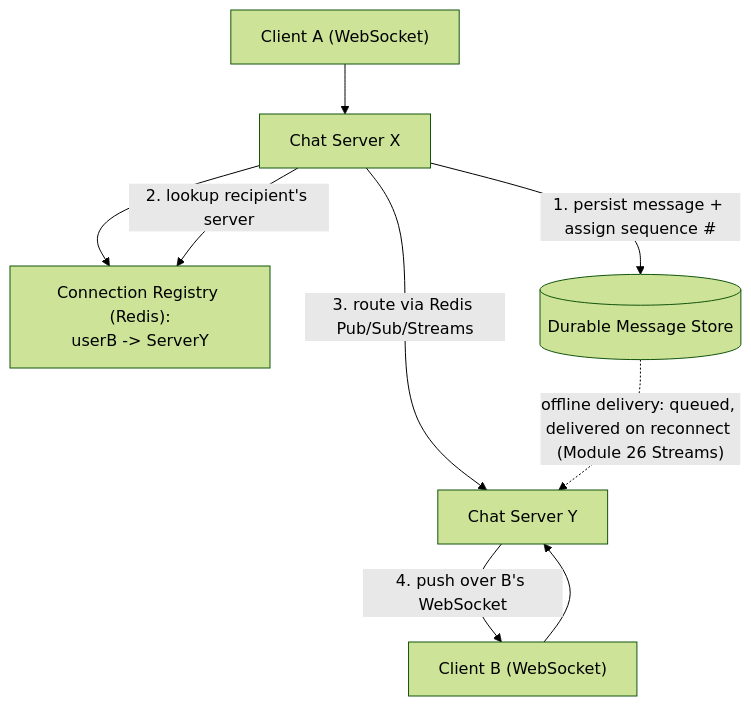
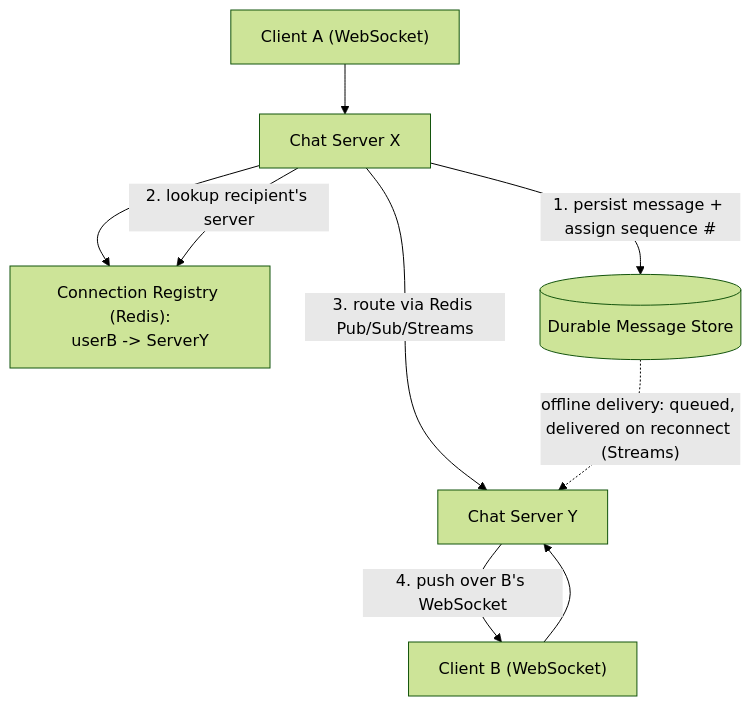
The diagram in 14-System-Design/03-Designing-Chat-Messaging-System.md (umashankarp/InterviewQuestions), drawn with Mermaid (forest theme) before and after one commit. The commit also changed other lines of this file and 173 other files, not shown here.

````diff
--- a/14-System-Design/03-Designing-Chat-Messaging-System.md
+++ b/14-System-Design/03-Designing-Chat-Messaging-System.md
@@ -46,11 +46,11 @@
 ```mermaid
 graph TB
-    ClientA["Client A (WebSocket)"] --> ServerX["Chat Server X"]
-    ClientB["Client B (WebSocket)"] --> ServerY["Chat Server Y"]
-    ServerX --> Registry["Connection Registry (Redis):<br/>userB -> ServerY"]
-    ServerX -->|"1. persist message + assign sequence #"| Store[("Durable Message Store")]
-    ServerX -->|"2. lookup recipient's server"| Registry
-    ServerX -->|"3. route via Redis Pub/Sub/Streams"| ServerY
-    ServerY -->|"4. push over B's WebSocket"| ClientB
-    Store -.->|"offline delivery: queued, delivered on reconnect (Module 26 Streams)"| ServerY
+ ClientA["Client A (WebSocket)"] --> ServerX["Chat Server X"]
+ ClientB["Client B (WebSocket)"] --> ServerY["Chat Server Y"]
+ ServerX --> Registry["Connection Registry (Redis):<br/>userB -> ServerY"]
+ ServerX -->|"1. persist message + assign sequence #"| Store[("Durable Message Store")]
+ ServerX -->|"2. lookup recipient's server"| Registry
+ ServerX -->|"3. route via Redis Pub/Sub/Streams"| ServerY
+ ServerY -->|"4. push over B's WebSocket"| ClientB
+ Store -.->|"offline delivery: queued, delivered on reconnect (Streams)"| ServerY
 ```
````
